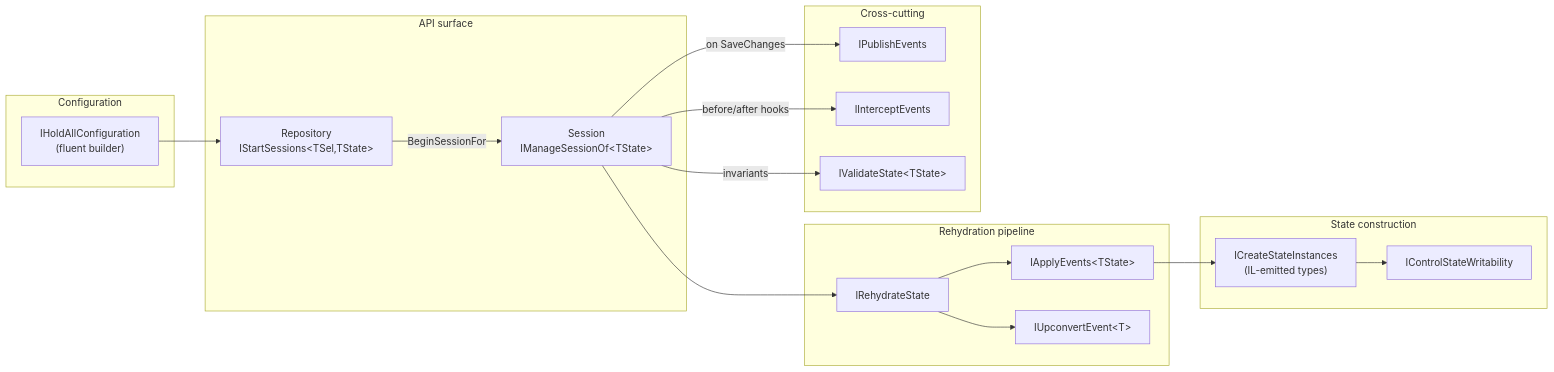
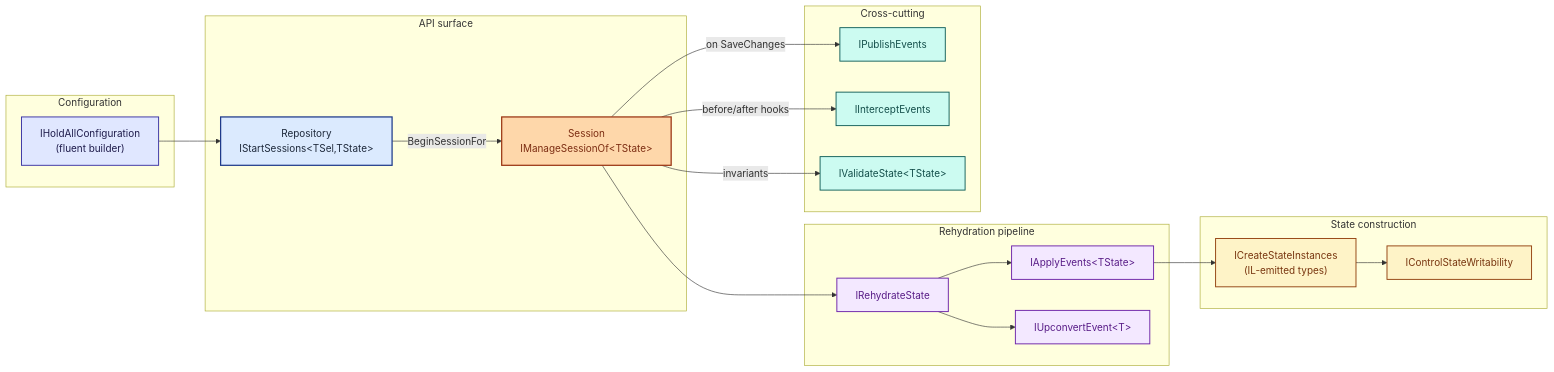
The second of 7 diagrams in docs/architecture.md (vaibhavPH/BullOak), drawn with Mermaid before and after one commit. The commit also changed other lines of this file, not shown here.

First line of the commit message:
docs: colour the Mermaid architecture diagrams

````diff
--- a/docs/architecture.md
+++ b/docs/architecture.md
@@ -41,39 +62,46 @@
 ```mermaid
 graph LR
     subgraph Configuration
-        Config["IHoldAllConfiguration<br/>(fluent builder)"]
+        Config["IHoldAllConfiguration<br/>(fluent builder)"]:::cfg
     end
 
     subgraph "API surface"
-        Repo["Repository<br/>IStartSessions&lt;TSel,TState&gt;"]
-        Sess["Session<br/>IManageSessionOf&lt;TState&gt;"]
+        Repo["Repository<br/>IStartSessions&lt;TSel,TState&gt;"]:::core
+        Sess["Session<br/>IManageSessionOf&lt;TState&gt;"]:::runtime
     end
 
     subgraph "Rehydration pipeline"
-        Rehy["IRehydrateState"]
-        App["IApplyEvents&lt;TState&gt;"]
-        Up["IUpconvertEvent&lt;T&gt;"]
+        Rehy["IRehydrateState"]:::rehy
+        App["IApplyEvents&lt;TState&gt;"]:::rehy
+        Up["IUpconvertEvent&lt;T&gt;"]:::rehy
     end
 
     subgraph "State construction"
-        Factory["ICreateStateInstances<br/>(IL-emitted types)"]
-        Writ["IControlStateWritability"]
+        Factory["ICreateStateInstances<br/>(IL-emitted types)"]:::state
+        Writ["IControlStateWritability"]:::state
     end
 
     subgraph "Cross-cutting"
-        Pub["IPublishEvents"]
-        Int["IInterceptEvents"]
-        Val["IValidateState&lt;TState&gt;"]
+        Pub["IPublishEvents"]:::xcut
+        Int["IInterceptEvents"]:::xcut
+        Val["IValidateState&lt;TState&gt;"]:::xcut
     end
 
     Config --> Repo
     Repo -->|BeginSessionFor| Sess
     Sess --> Rehy
     Rehy --> Up
     Rehy --> App
     App --> Factory
     Factory --> Writ
     Sess -->|on SaveChanges| Pub
     Sess -->|before/after hooks| Int
     Sess -->|invariants| Val
+
+    classDef cfg fill:#e0e7ff,stroke:#3730a3,stroke-width:1.5px,color:#1e1b4b
+    classDef core fill:#dbeafe,stroke:#1e3a8a,stroke-width:2px,color:#1e293b
+    classDef runtime fill:#fed7aa,stroke:#9a3412,stroke-width:2px,color:#7c2d12
+    classDef rehy fill:#f3e8ff,stroke:#6b21a8,stroke-width:1.5px,color:#581c87
+    classDef state fill:#fef3c7,stroke:#92400e,stroke-width:1.5px,color:#78350f
+    classDef xcut fill:#ccfbf1,stroke:#115e59,stroke-width:1.5px,color:#134e4a
 ```
````
